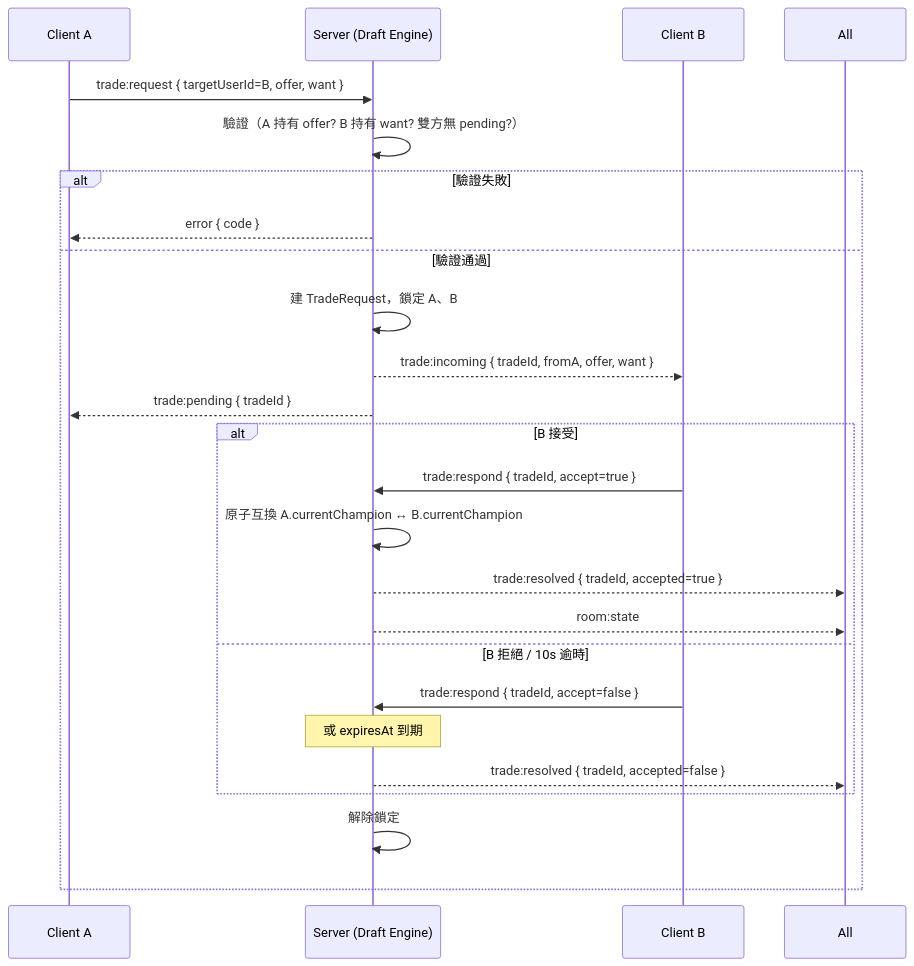
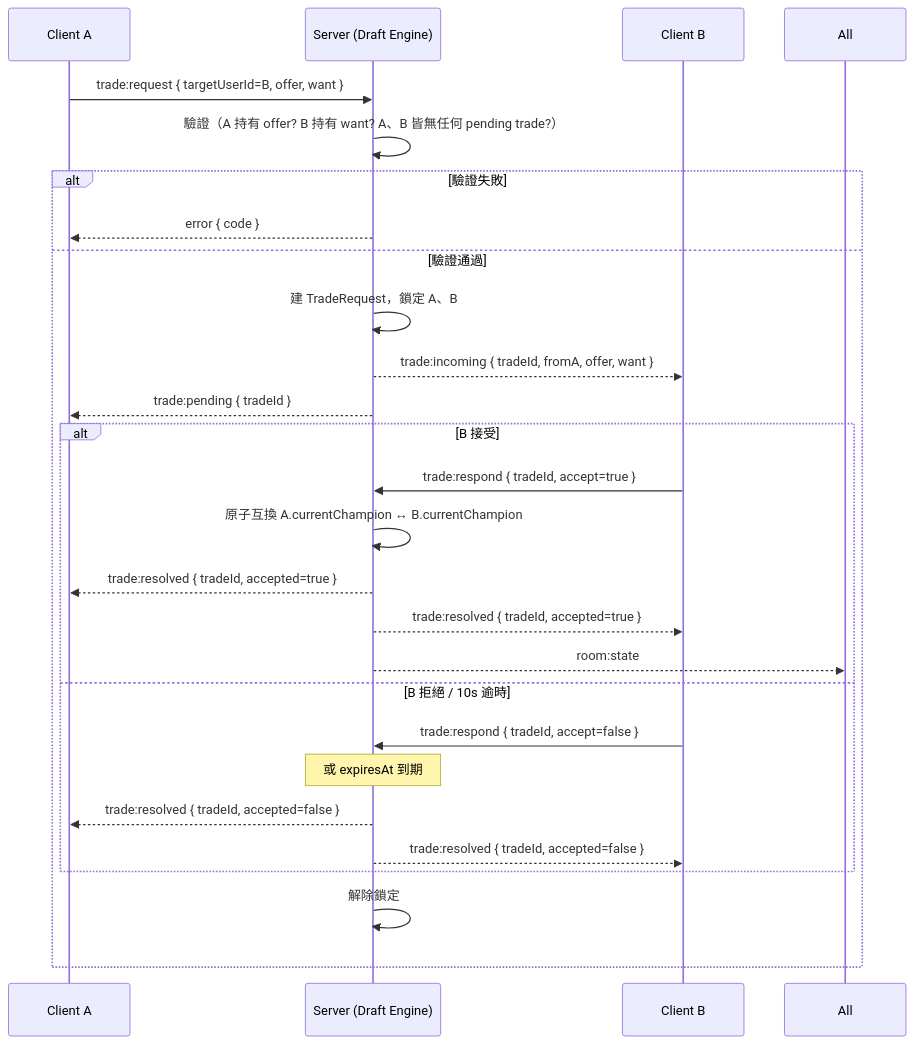
The fourth of 5 diagrams in docs/detailed-design.md (zhijiehuang111/game-draft-system), drawn with Mermaid before and after one commit. The commit also changed other lines of this file and 1 other file, not shown here.

````diff
--- a/docs/detailed-design.md
+++ b/docs/detailed-design.md
@@ -370,28 +374,30 @@
 ```mermaid
 sequenceDiagram
   participant A as Client A
   participant S as Server (Draft Engine)
   participant B as Client B
 
   A->>S: trade:request { targetUserId=B, offer, want }
-  S->>S: 驗證（A 持有 offer? B 持有 want? 雙方無 pending?）
+  S->>S: 驗證（A 持有 offer? B 持有 want? A、B 皆無任何 pending trade?）
   alt 驗證失敗
     S-->>A: error { code }
   else 驗證通過
     S->>S: 建 TradeRequest，鎖定 A、B
     S-->>B: trade:incoming { tradeId, fromA, offer, want }
     S-->>A: trade:pending { tradeId }
 
     alt B 接受
       B->>S: trade:respond { tradeId, accept=true }
       S->>S: 原子互換 A.currentChampion ↔ B.currentChampion
-      S-->>All: trade:resolved { tradeId, accepted=true }
+      S-->>A: trade:resolved { tradeId, accepted=true }
+      S-->>B: trade:resolved { tradeId, accepted=true }
       S-->>All: room:state
     else B 拒絕 / 10s 逾時
       B->>S: trade:respond { tradeId, accept=false }
       Note over S: 或 expiresAt 到期
-      S-->>All: trade:resolved { tradeId, accepted=false }
+      S-->>A: trade:resolved { tradeId, accepted=false }
+      S-->>B: trade:resolved { tradeId, accepted=false }
     end
     S->>S: 解除鎖定
   end
 ```
````
